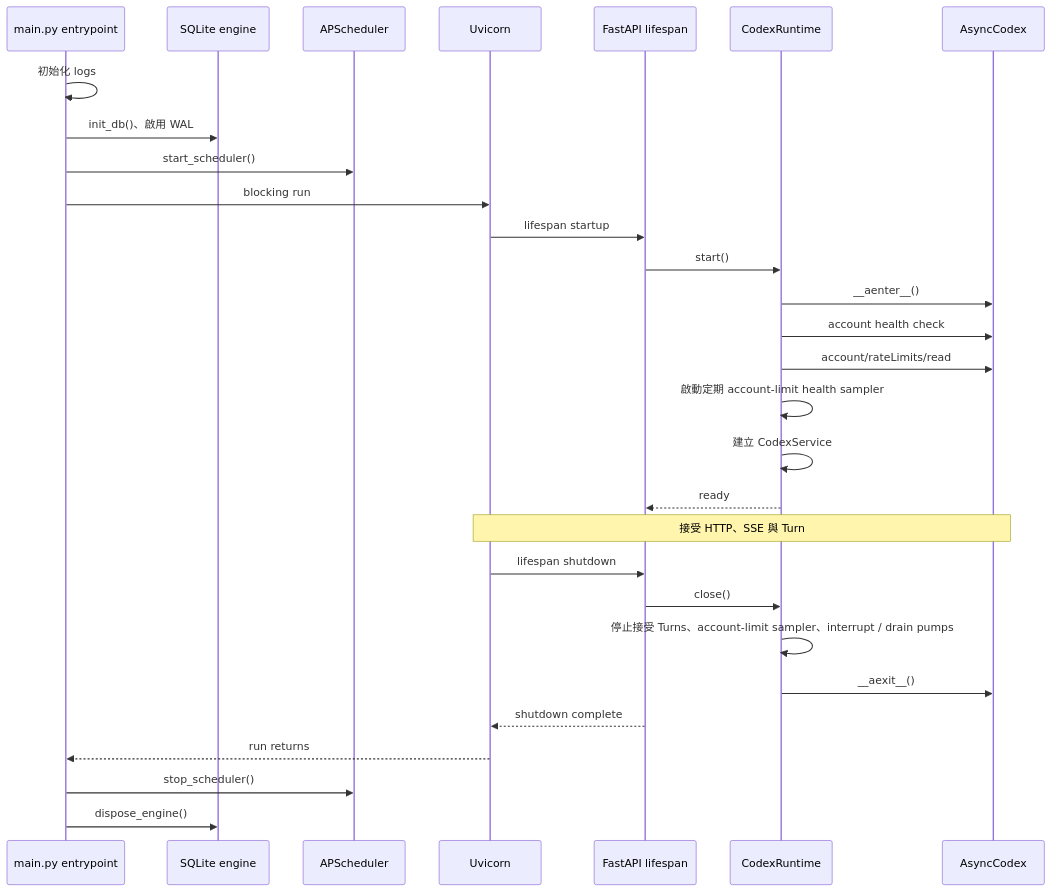
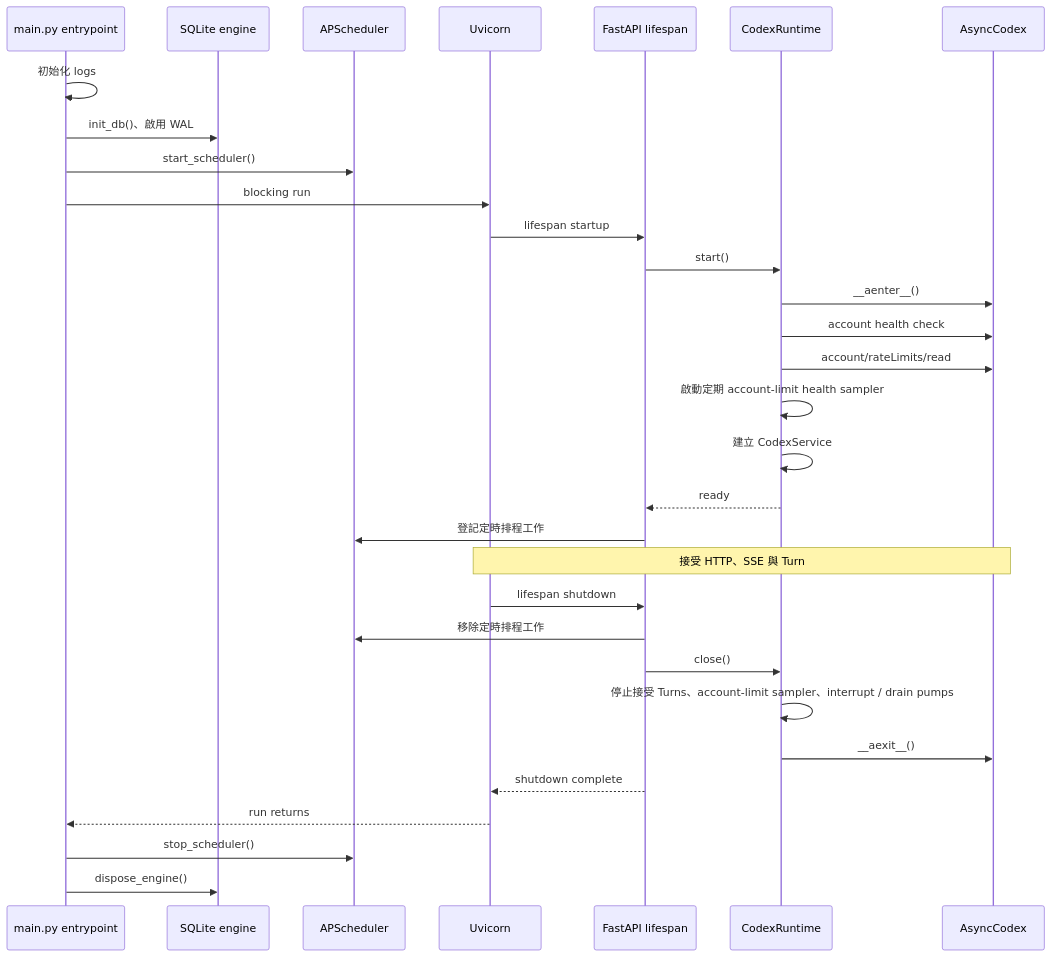
The third of 3 diagrams in docs/architecture.md (sevenjay/agent_app_server), drawn with Mermaid before and after one commit. The commit also changed other lines of this file and 13 other files, not shown here.

````diff
--- a/docs/architecture.md
+++ b/docs/architecture.md
@@ -112,34 +117,36 @@
 ```mermaid
 sequenceDiagram
     participant Entry as main.py entrypoint
     participant DB as SQLite engine
     participant Scheduler as APScheduler
     participant Uvicorn
     participant ASGI as FastAPI lifespan
     participant Runtime as CodexRuntime
     participant Codex as AsyncCodex
 
     Entry->>Entry: 初始化 logs
     Entry->>DB: init_db()、啟用 WAL
     Entry->>Scheduler: start_scheduler()
     Entry->>Uvicorn: blocking run
     Uvicorn->>ASGI: lifespan startup
     ASGI->>Runtime: start()
     Runtime->>Codex: __aenter__()
     Runtime->>Codex: account health check
     Runtime->>Codex: account/rateLimits/read
     Runtime->>Runtime: 啟動定期 account-limit health sampler
     Runtime->>Runtime: 建立 CodexService
     Runtime-->>ASGI: ready
+    ASGI->>Scheduler: 登記定時排程工作
 
     Note over Uvicorn,Codex: 接受 HTTP、SSE 與 Turn
 
     Uvicorn->>ASGI: lifespan shutdown
+    ASGI->>Scheduler: 移除定時排程工作
     ASGI->>Runtime: close()
     Runtime->>Runtime: 停止接受 Turns、account-limit sampler、interrupt / drain pumps
     Runtime->>Codex: __aexit__()
     ASGI-->>Uvicorn: shutdown complete
     Uvicorn-->>Entry: run returns
     Entry->>Scheduler: stop_scheduler()
     Entry->>DB: dispose_engine()
 ```
````
